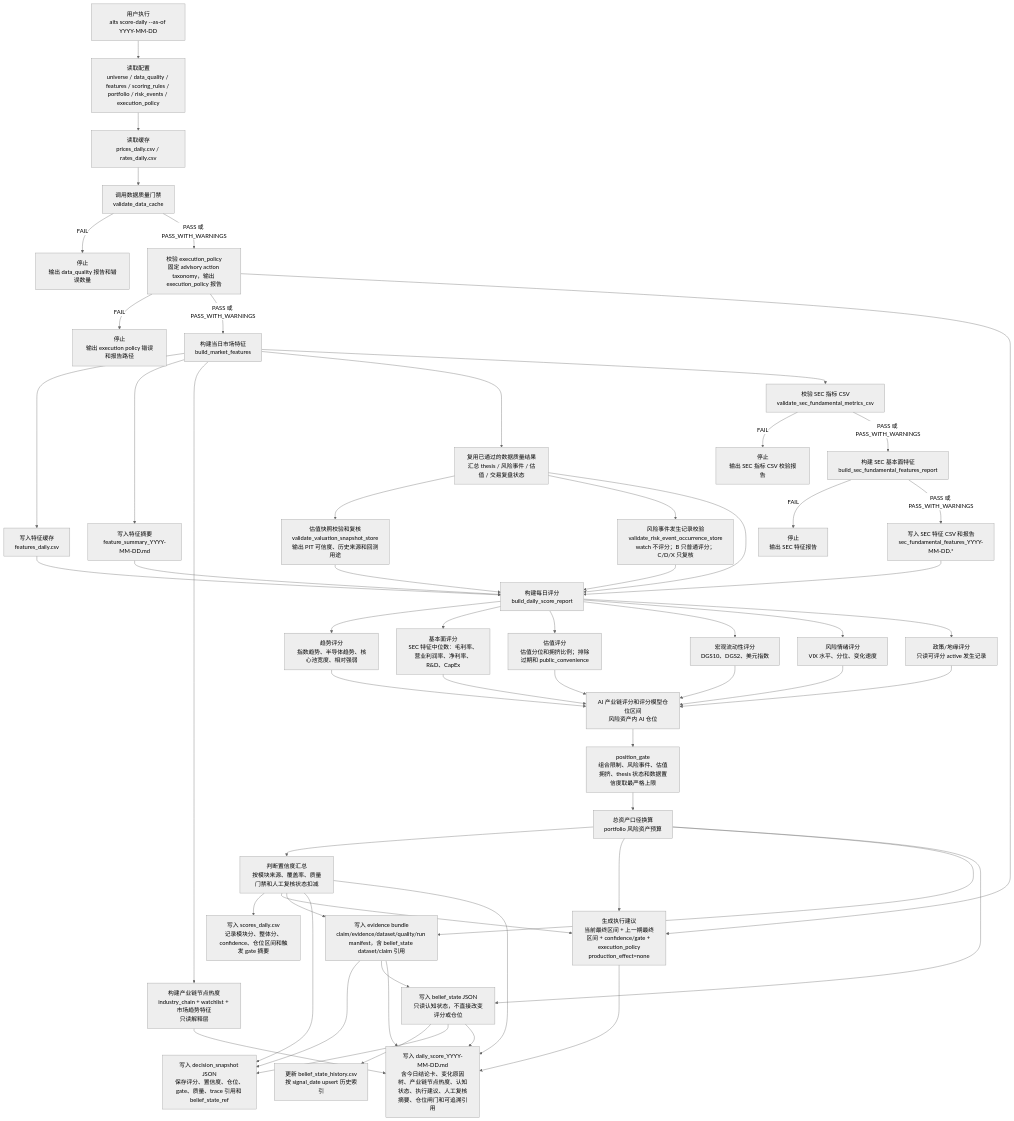
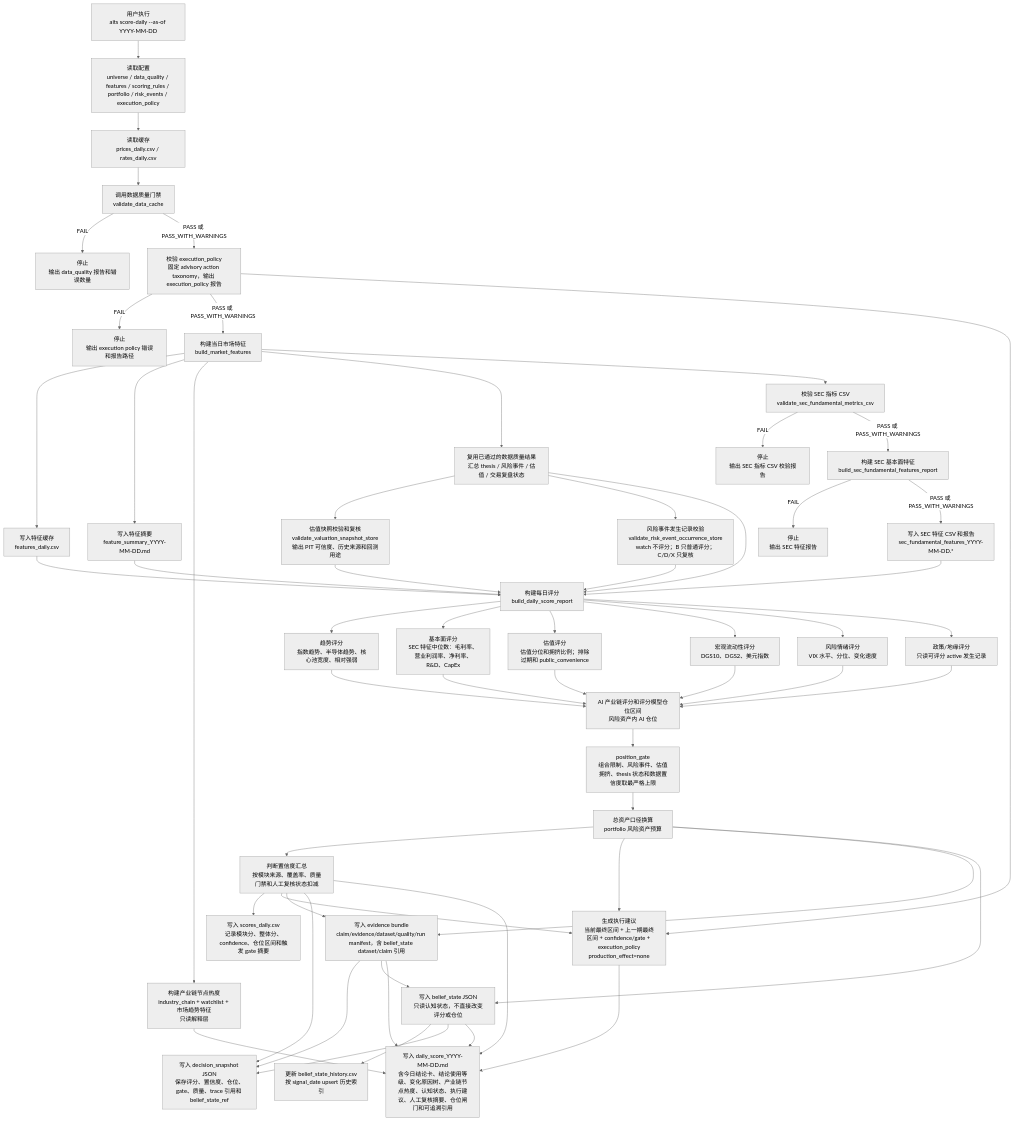
Before and after one commit to AI-Trading-Collaboration/AITradingSystem: the second of 6 diagrams in docs/system_flow.md, drawn with Mermaid (neutral theme). The commit also changed other lines of this file and 8 other files, not shown here.

````diff
--- a/docs/system_flow.md
+++ b/docs/system_flow.md
@@ -507,59 +507,59 @@
 ```mermaid
 flowchart TD
     A["用户执行<br/>aits score-daily --as-of YYYY-MM-DD"] --> B["读取配置<br/>universe / data_quality / features / scoring_rules / portfolio / risk_events / execution_policy"]
     B --> C["读取缓存<br/>prices_daily.csv / rates_daily.csv"]
     C --> D["调用数据质量门禁<br/>validate_data_cache"]
     D -->|FAIL| E["停止<br/>输出 data_quality 报告和错误数量"]
     D -->|PASS 或 PASS_WITH_WARNINGS| EP0["校验 execution_policy<br/>固定 advisory action taxonomy，输出 execution_policy 报告"]
     EP0 -->|FAIL| EPF["停止<br/>输出 execution policy 错误和报告路径"]
     EP0 -->|PASS 或 PASS_WITH_WARNINGS| F["构建当日市场特征<br/>build_market_features"]
     F --> G["写入特征缓存<br/>features_daily.csv"]
     F --> H["写入特征摘要<br/>feature_summary_YYYY-MM-DD.md"]
     F --> NH["构建产业链节点热度<br/>industry_chain + watchlist + 市场趋势特征<br/>只读解释层"]
     F --> R["复用已通过的数据质量结果<br/>汇总 thesis / 风险事件 / 估值 / 交易复盘状态"]
     R --> V1["估值快照校验和复核<br/>validate_valuation_snapshot_store<br/>输出 PIT 可信度、历史来源和回测用途"]
     R --> G1["风险事件发生记录校验<br/>validate_risk_event_occurrence_store<br/>watch 不评分；B 只普通评分；C/D/X 只复核"]
     F --> S1["校验 SEC 指标 CSV<br/>validate_sec_fundamental_metrics_csv"]
     S1 -->|FAIL| S2["停止<br/>输出 SEC 指标 CSV 校验报告"]
     S1 -->|PASS 或 PASS_WITH_WARNINGS| S3["构建 SEC 基本面特征<br/>build_sec_fundamental_features_report"]
     S3 -->|FAIL| S4["停止<br/>输出 SEC 特征报告"]
     S3 -->|PASS 或 PASS_WITH_WARNINGS| S5["写入 SEC 特征 CSV 和报告<br/>sec_fundamental_features_YYYY-MM-DD.*"]
     G --> I["构建每日评分<br/>build_daily_score_report"]
     H --> I
     R --> I
     V1 --> I
     G1 --> I
     S5 --> I
     I --> J["趋势评分<br/>指数趋势、半导体趋势、核心池宽度、相对强弱"]
     I --> F1["基本面评分<br/>SEC 特征中位数：毛利率、营业利润率、净利率、R&D、CapEx"]
     I --> V2["估值评分<br/>估值分位和拥挤比例；排除过期和 public_convenience"]
     I --> K["宏观流动性评分<br/>DGS10、DGS2、美元指数"]
     I --> L["风险情绪评分<br/>VIX 水平、分位、变化速度"]
     I --> M["政策/地缘评分<br/>只读可评分 active 发生记录"]
     J --> N["AI 产业链评分和评分模型仓位区间<br/>风险资产内 AI 仓位"]
     F1 --> N
     V2 --> N
     K --> N
     L --> N
     M --> N
     N --> G2["position_gate<br/>组合限制、风险事件、估值拥挤、thesis 状态和数据置信度取最严格上限"]
     G2 --> O["总资产口径换算<br/>portfolio 风险资产预算"]
     O --> C1["判断置信度汇总<br/>按模块来源、覆盖率、质量门禁和人工复核状态扣减"]
     C1 --> P["写入 scores_daily.csv<br/>记录模块分、整体分、confidence、仓位区间和触发 gate 摘要"]
     O --> EP1["生成执行建议<br/>当前最终区间 + 上一期最终区间 + confidence/gate + execution_policy<br/>production_effect=none"]
     C1 --> EP1
     EP0 --> EP1
     O --> T["写入 evidence bundle<br/>claim/evidence/dataset/quality/run manifest，含 belief_state dataset/claim 引用"]
     C1 --> T
     T --> D0["写入 decision_snapshot JSON<br/>保存评分、置信度、仓位、gate、质量、trace 引用和 belief_state_ref"]
     C1 --> D0
     O --> BS["写入 belief_state JSON<br/>只读认知状态，不直接改变评分或仓位"]
     T --> BS
     BS --> BH["更新 belief_state_history.csv<br/>按 signal_date upsert 历史索引"]
     BS --> D0
-    T --> Q["写入 daily_score_YYYY-MM-DD.md<br/>含今日结论卡、变化原因树、产业链节点热度、认知状态、执行建议、人工复核摘要、仓位闸门和可追溯引用"]
+    T --> Q["写入 daily_score_YYYY-MM-DD.md<br/>含今日结论卡、结论使用等级、变化原因树、产业链节点热度、认知状态、执行建议、人工复核摘要、仓位闸门和可追溯引用"]
     C1 --> Q
     NH --> Q
     BS --> Q
     EP1 --> Q
 ```
````
